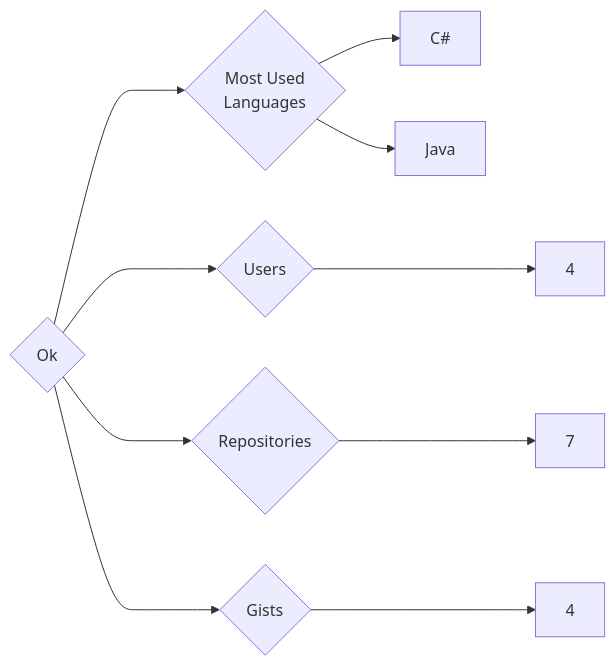
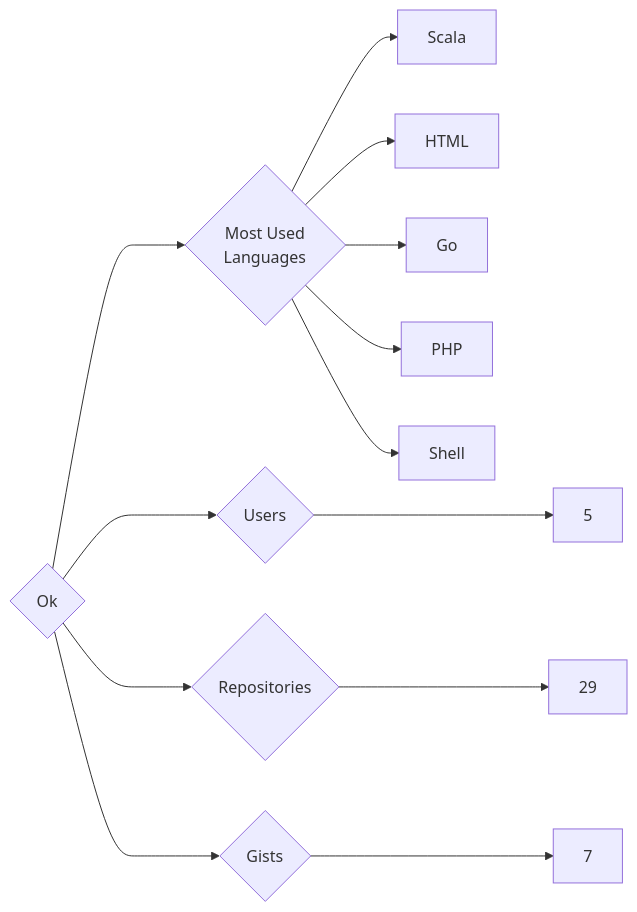
One commit to trickest/insiders changed the diagram in targets/Ok/README.md. Above: the diagram before and after it, drawn with Mermaid. The commit also changed 773 other files, not shown here.

````diff
--- a/targets/Ok/README.md
+++ b/targets/Ok/README.md
@@ -3,10 +3,13 @@
 ```mermaid
 graph LR
 COMPANY_NAME{Ok}
-COMPANY_NAME ---> U{Users} ---> UN[4]
-COMPANY_NAME ---> R{Repositories} ---> RN[7]
-COMPANY_NAME ---> G{Gists} ---> GN[4]
+COMPANY_NAME ---> U{Users} ---> UN[5]
+COMPANY_NAME ---> R{Repositories} ---> RN[29]
+COMPANY_NAME ---> G{Gists} ---> GN[7]
 COMPANY_NAME ---> ML{Most Used<br>Languages}
-ML --> C#[C#]
-ML --> Java[Java]
+ML --> Scala[Scala]
+ML --> HTML[HTML]
+ML --> Go[Go]
+ML --> PHP[PHP]
+ML --> Shell[Shell]
 ```
````
